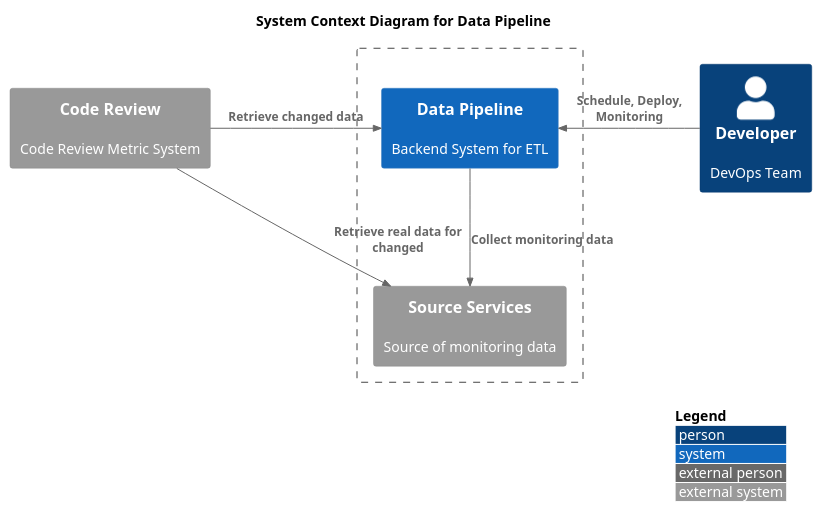
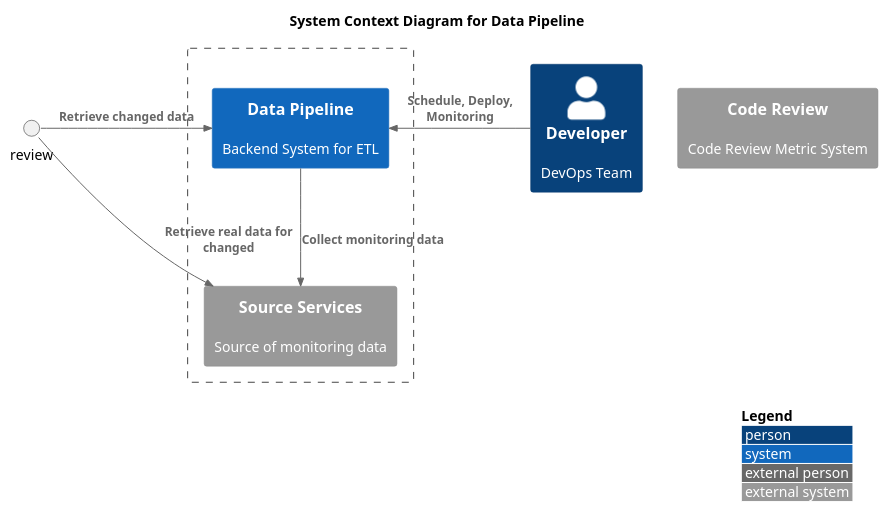
The first of 2 diagrams in _diary/2024-06-19.md (yanghoon/obsidian-workspace), drawn with PlantUML before and after one commit. The commit also changed other lines of this file, not shown here.

Commit message:
vault backup: 2024-06-21 19:26:01

````diff
--- a/_diary/2024-06-19.md
+++ b/_diary/2024-06-19.md
@@ -3,20 +3,20 @@
 ```plantuml
 !include <C4/C4_Context.puml>
 
 LAYOUT_TOP_DOWN()
 LAYOUT_WITH_LEGEND()
 
 title System Context Diagram for Data Pipeline
 
-System_Ext(review, "Code Review", "Code Review Metric System")
+System_Ext(analysis, "Code Review", "Code Review Metric System")
 Boundary(system, "") {
 	System_Ext(service, "Source Services", "Source of monitoring data")
 	System(app, "Data Pipeline", "Backend System for ETL")
 }
 Person(developer, "Developer", "DevOps Team")
 
 Rel_Right(review, app, "Retrieve changed data")
 Rel_Right(review, service, "Retrieve real data for changed")
 Rel_Left(developer, app, "Schedule, Deploy, Monitoring")
 Rel_Down(app, service, "Collect monitoring data")
 ```
````
